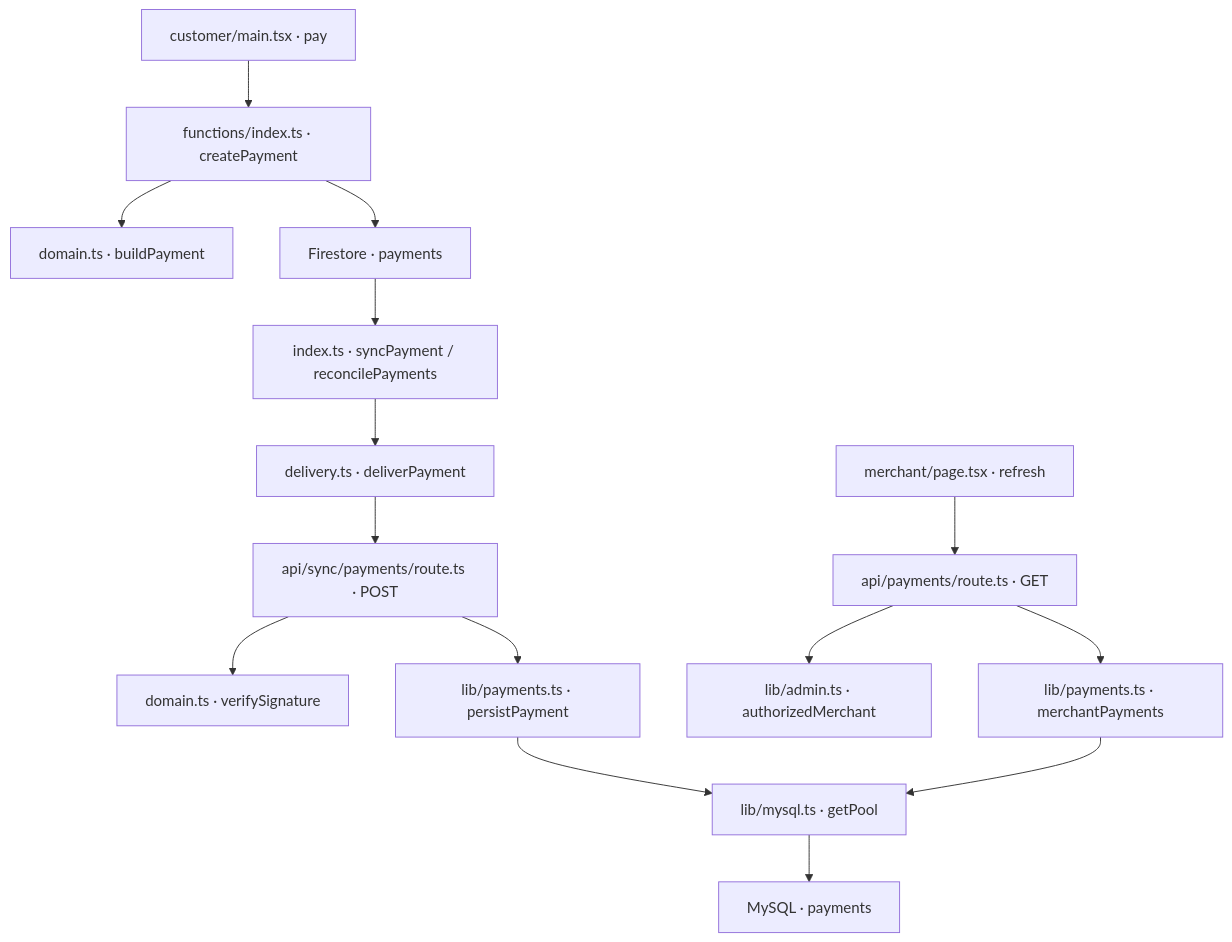
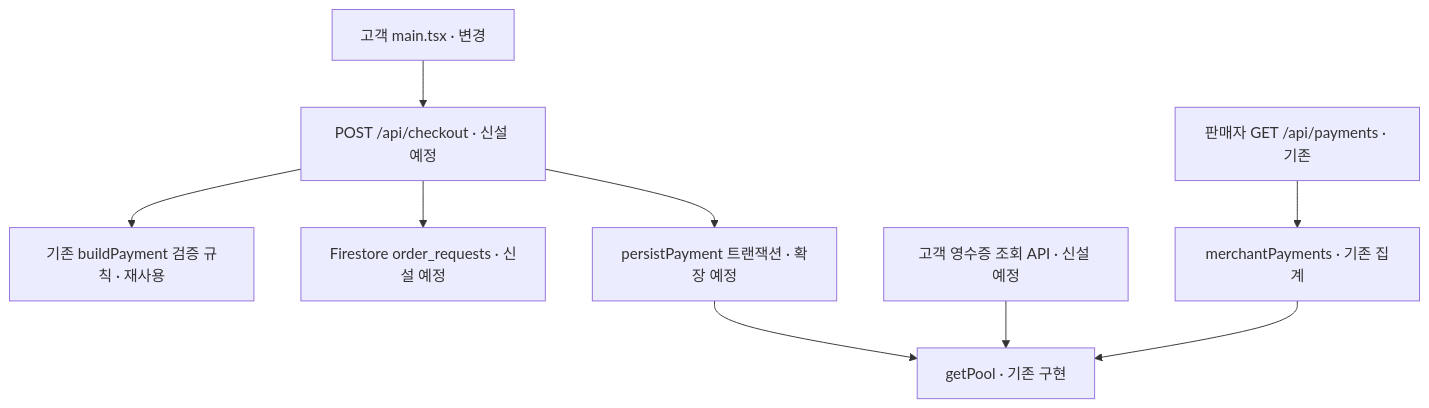
One commit to wevolmina/ENG_agency changed the third of 3 diagrams in docs/IMPLEMENTATION-REPORT.md. Above: the diagram before and after it, drawn with Mermaid. The commit also changed other lines of this file and 1 other file, not shown here.

Commit message:
docs: separate order requests and confirmed payments

````diff
--- a/docs/IMPLEMENTATION-REPORT.md
+++ b/docs/IMPLEMENTATION-REPORT.md
@@ -63,17 +152,11 @@
 ```mermaid
 flowchart TD
-  A["customer/main.tsx · pay"] --> B["functions/index.ts · createPayment"]
-  B --> C["domain.ts · buildPayment"]
-  B --> D["Firestore · payments"]
-  D --> E["index.ts · syncPayment / reconcilePayments"]
-  E --> F["delivery.ts · deliverPayment"]
-  F --> G["api/sync/payments/route.ts · POST"]
-  G --> H["domain.ts · verifySignature"]
-  G --> I["lib/payments.ts · persistPayment"]
-  I --> J["lib/mysql.ts · getPool"]
-  J --> K["MySQL · payments"]
-  L["merchant/page.tsx · refresh"] --> M["api/payments/route.ts · GET"]
-  M --> N["lib/admin.ts · authorizedMerchant"]
-  M --> O["lib/payments.ts · merchantPayments"]
-  O --> J
+  C["고객 main.tsx · 변경"] --> A["POST /api/checkout · 신설 예정"]
+  A --> V["기존 buildPayment 검증 규칙 · 재사용"]
+  A --> F["Firestore order_requests · 신설 예정"]
+  A --> T["persistPayment 트랜잭션 · 확장 예정"]
+  T --> P["getPool · 기존 구현"]
+  R["고객 영수증 조회 API · 신설 예정"] --> P
+  S["판매자 GET /api/payments · 기존"] --> Q["merchantPayments · 기존 집계"]
+  Q --> P
 ```
````
